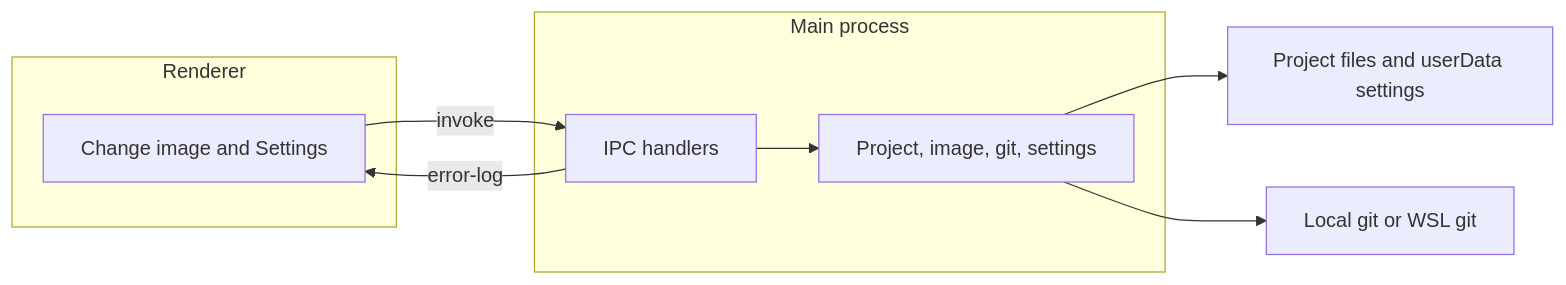
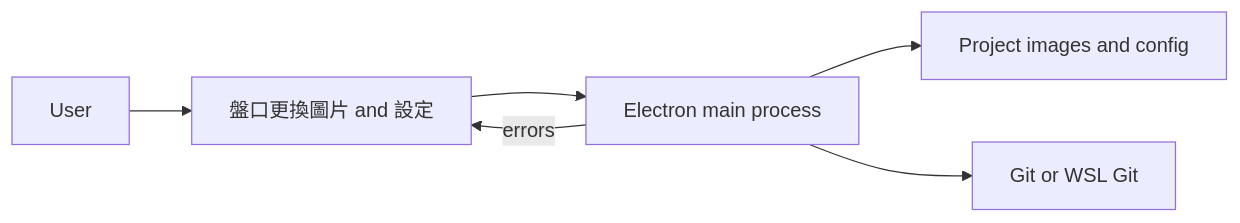
Before and after one commit to ZiJson/changeImgGUI: the diagram in README.md, drawn with Mermaid. The commit also changed other lines of this file and 3 other files, not shown here.

````diff
--- a/README.md
+++ b/README.md
@@ -41,15 +41,8 @@
 ```mermaid
 flowchart LR
-  subgraph renderer [Renderer]
-    Pages["Change image and Settings"]
-  end
-  subgraph main [Main process]
-    IPC["IPC handlers"]
-    Services["Project, image, git, settings"]
-  end
-  Pages -->|invoke| IPC
-  IPC --> Services
-  Services --> Disk["Project files and userData settings"]
-  Services --> Git["Local git or WSL git"]
-  IPC -->|error-log| Pages
+  User --> Window["盤口更換圖片 and 設定"]
+  Window --> Main["Electron main process"]
+  Main --> Files["Project images and config"]
+  Main --> Git["Git or WSL Git"]
+  Main -->|errors| Window
 ```
````
